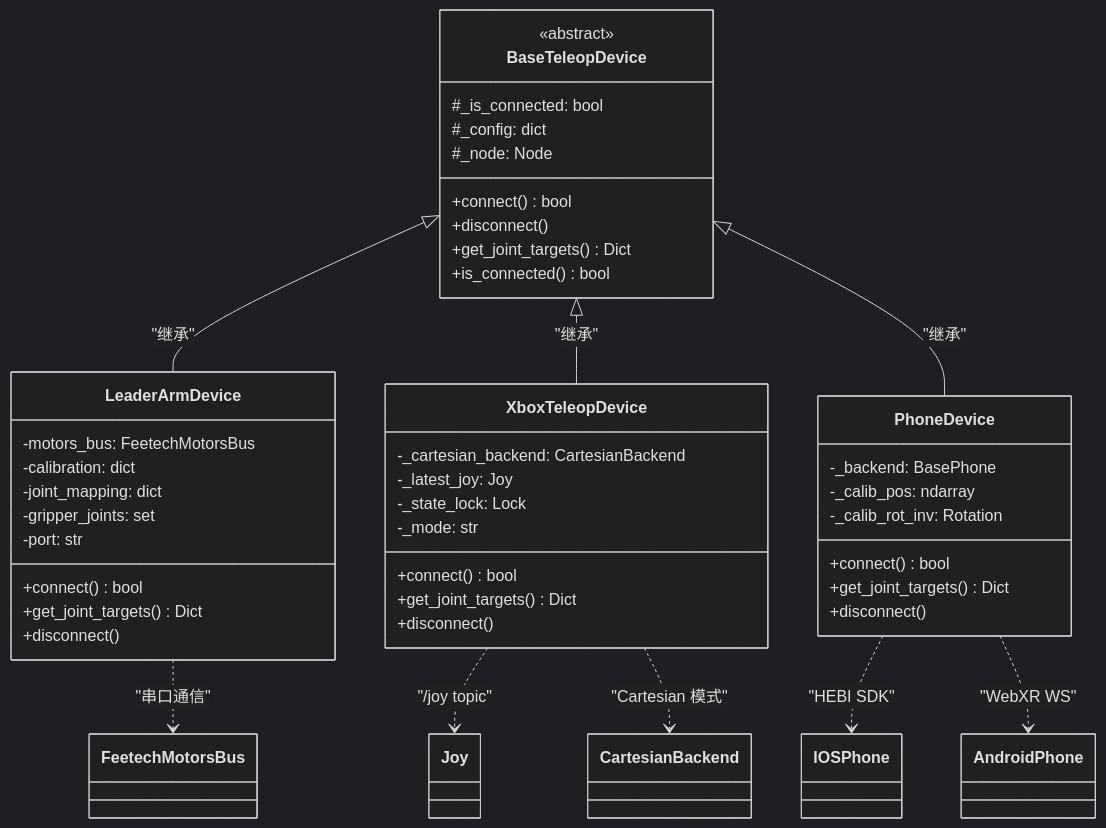
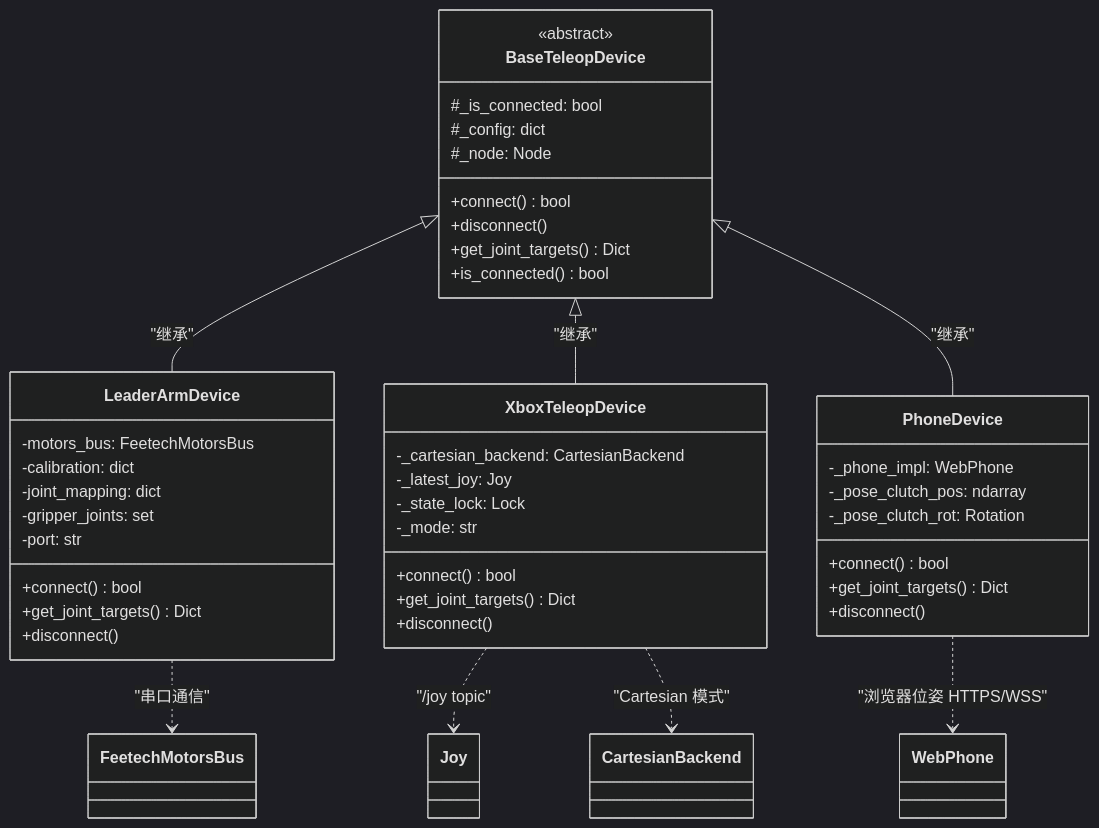
Before and after one commit to StoneStar-Aiknow/IB_Robot: the second of 2 diagrams in src/robot_teleop/README.md, drawn with Mermaid (dark theme). The commit also changed other lines of this file and 41 other files, not shown here.

First line of the commit message:
robot_teleop: add transactional WebPhone pose teleoperation

````diff
--- a/src/robot_teleop/README.md
+++ b/src/robot_teleop/README.md
@@ -87,53 +87,52 @@
 ```mermaid
 classDiagram
     class BaseTeleopDevice {
         <<abstract>>
         #_is_connected: bool
         #_config: dict
         #_node: Node
         +connect() bool
         +disconnect()
         +get_joint_targets() Dict
         +is_connected() bool
     }
 
     class LeaderArmDevice {
         -motors_bus: FeetechMotorsBus
         -calibration: dict
         -joint_mapping: dict
         -gripper_joints: set
         -port: str
         +connect() bool
         +get_joint_targets() Dict
         +disconnect()
     }
 
     class XboxTeleopDevice {
         -_cartesian_backend: CartesianBackend
         -_latest_joy: Joy
         -_state_lock: Lock
         -_mode: str
         +connect() bool
         +get_joint_targets() Dict
         +disconnect()
     }
 
     class PhoneDevice {
-        -_backend: BasePhone
-        -_calib_pos: ndarray
-        -_calib_rot_inv: Rotation
+        -_phone_impl: WebPhone
+        -_pose_clutch_pos: ndarray
+        -_pose_clutch_rot: Rotation
         +connect() bool
         +get_joint_targets() Dict
         +disconnect()
     }
 
     BaseTeleopDevice <|-- LeaderArmDevice : "继承"
     BaseTeleopDevice <|-- XboxTeleopDevice : "继承"
     BaseTeleopDevice <|-- PhoneDevice : "继承"
 
     LeaderArmDevice ..> FeetechMotorsBus : "串口通信"
     XboxTeleopDevice ..> Joy : "/joy topic"
     XboxTeleopDevice ..> CartesianBackend : "Cartesian 模式"
-    PhoneDevice ..> IOSPhone : "HEBI SDK"
-    PhoneDevice ..> AndroidPhone : "WebXR WS"
+    PhoneDevice ..> WebPhone : "浏览器位姿 HTTPS/WSS"
 ```
````
